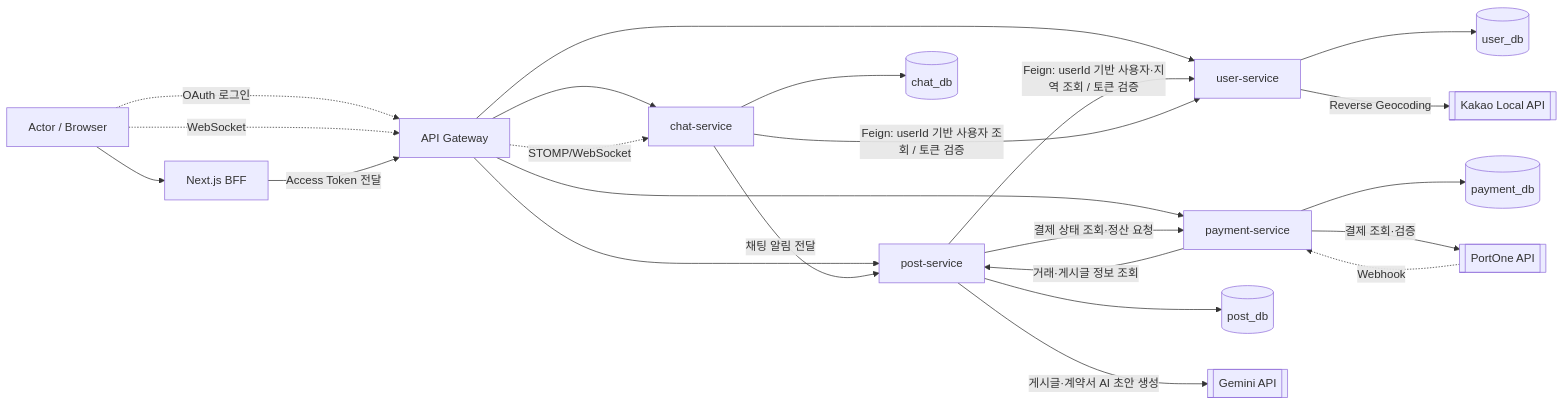
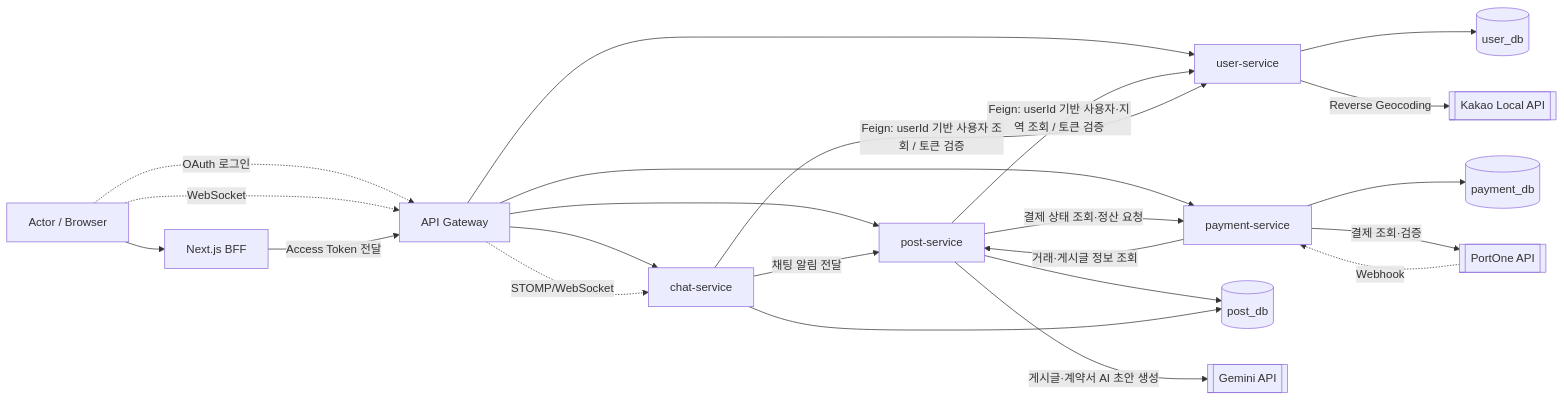
One commit to likelion-backend-24th/Final-Project-Mokoco changed the diagram in docs/아키텍처.md. Above: the diagram before and after it, drawn with Mermaid. The commit also changed other lines of this file and 10 other files, not shown here.

````diff
--- a/docs/아키텍처.md
+++ b/docs/아키텍처.md
@@ -5,35 +5,35 @@
 ```mermaid
 flowchart LR
     U[Actor / Browser] --> BFF[Next.js BFF]
 
     U -.OAuth 로그인.-> G[API Gateway]
     U -.WebSocket.-> G
 
     BFF -->|Access Token 전달| G
 
     G --> A[user-service]
     G --> B[post-service]
     G --> C[chat-service]
     G --> D[payment-service]
 
     A --> DA[(user_db)]
     B --> DB[(post_db)]
-    C --> DC[(chat_db)]
+    C --> DB
     D --> DD[(payment_db)]
 
     B -->|Feign: userId 기반 사용자·지역 조회 / 토큰 검증| A
     C -->|Feign: userId 기반 사용자 조회 / 토큰 검증| A
 
     C -->|채팅 알림 전달| B
 
     D -->|거래·게시글 정보 조회| B
     B -->|결제 상태 조회·정산 요청| D
 
     A -->|Reverse Geocoding| EXT1[[Kakao Local API]]
     D -->|결제 조회·검증| EXT2[[PortOne API]]
     EXT2 -.Webhook.-> D
 
     B -->|게시글·계약서 AI 초안 생성| EXT3[[Gemini API]]
 
     G -.STOMP/WebSocket.-> C
 ```
````
